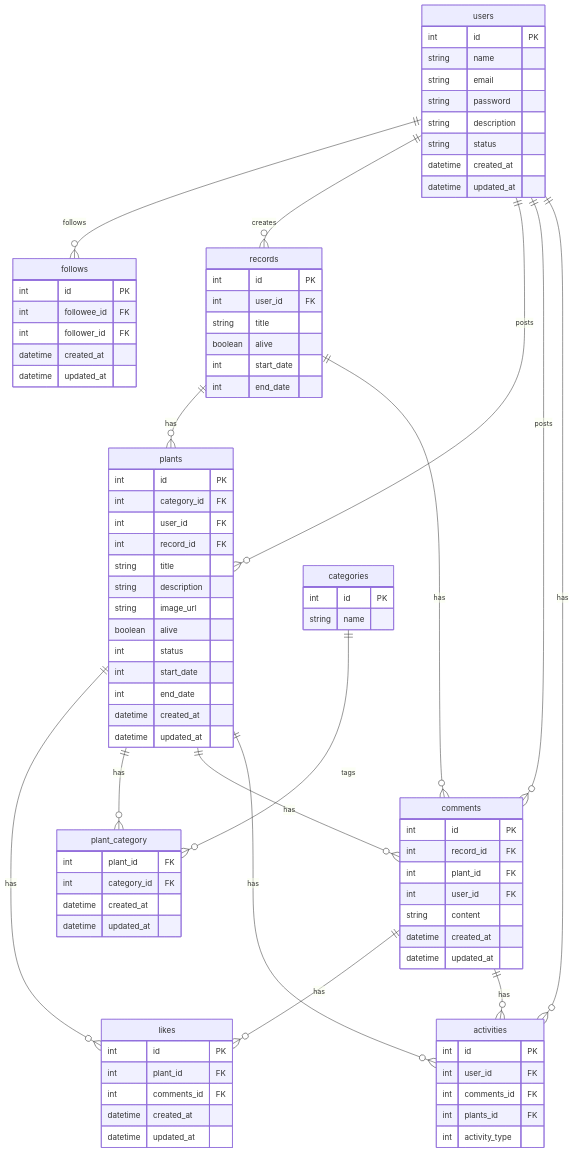
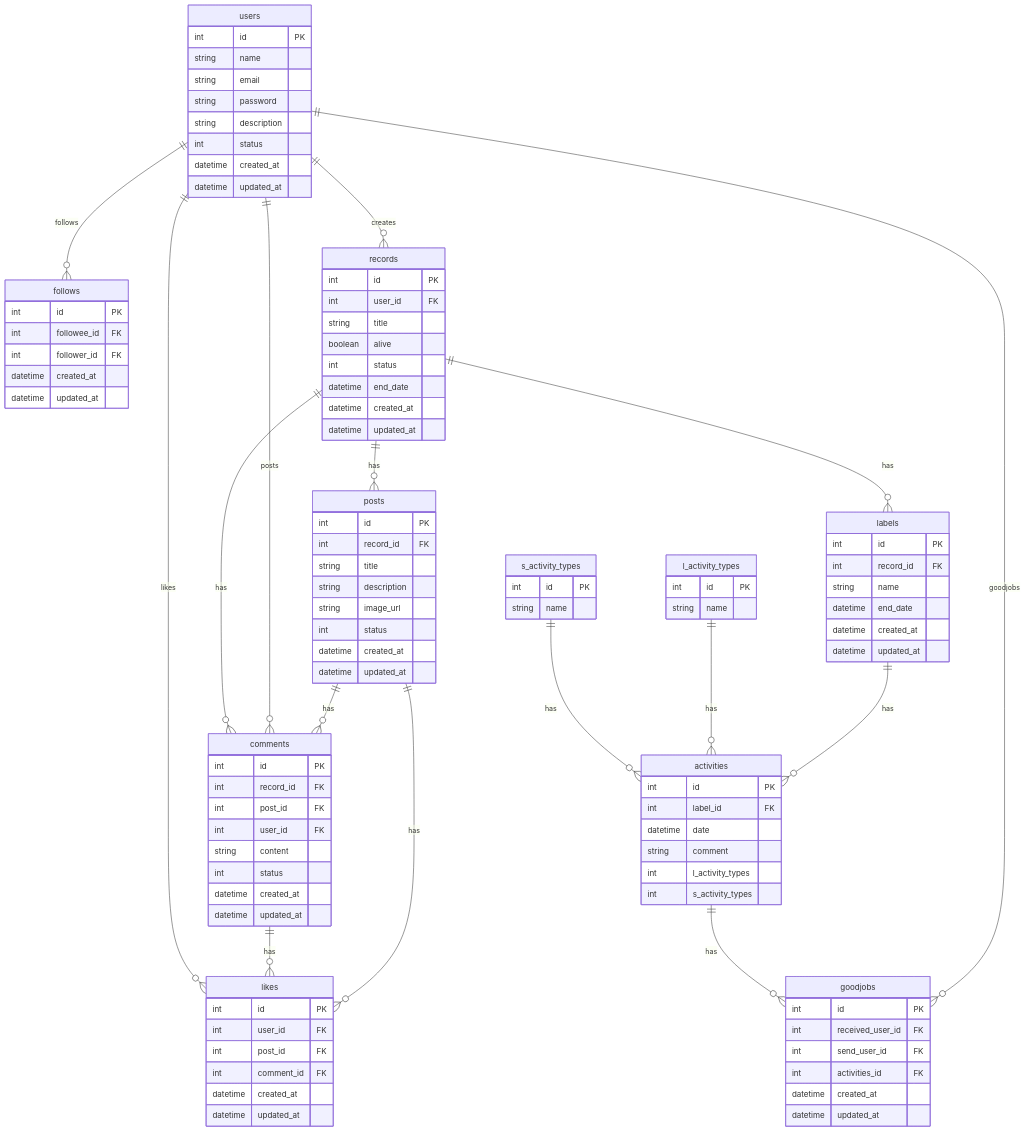
One commit to calmandhelp/botapeer-core changed the diagram in README.md. Above: the diagram before and after it, drawn with Mermaid.

Commit message:
設計変更

````diff
--- a/README.md
+++ b/README.md
@@ -3,27 +3,28 @@
 erDiagram
     users ||--o{ follows : follows
     users ||--o{ records : creates
-    plants ||--o{ likes : has
+    posts ||--o{ likes : has
+    posts ||--o{ comments : has
     comments ||--o{ likes : has
-    users ||--o{ plants : posts
+    users ||--o{ likes : likes
+    users ||--o{ goodjobs : goodjobs
     users ||--o{ comments : posts
-    users ||--o{ activities : has
-    categories ||--o{ plant_category : tags
-    records ||--o{ plants : has
+    records ||--o{ posts : has
+    records ||--o{ labels : has
     records ||--o{ comments : has
-    plants ||--o{ plant_category : has
-    plants ||--o{ comments : has
-    plants ||--o{ activities : has
-    comments ||--o{ activities : has
+    labels ||--o{ activities : has
+    activities ||--o{ goodjobs : has
+    l_activity_types ||--o{ activities : has
+    s_activity_types ||--o{ activities : has
     users {
         int id PK
         string name
         string email
         string password
         string description
-        string status
+        int status
         datetime created_at
-        datetime updated_at 　
+        datetime updated_at 
     }
     follows {
         int id PK
@@ -37,55 +38,69 @@
         int user_id FK
         string title
         boolean alive
-        int start_date
-        int end_date
+        int status
+        datetime end_date
+        datetime created_at
+        datetime updated_at
     }
-    plants {
+    labels {
         int id PK
-        int category_id FK
-        int user_id FK
+        int record_id FK
+        string name
+        datetime end_date
+        datetime created_at
+        datetime updated_at
+    }
+    posts {
+        int id PK
         int record_id FK
         string title
         string description
         string image_url
-        boolean alive
         int status
-        int start_date
-        int end_date
         datetime created_at
         datetime updated_at
     }
     likes {
         int id PK
-        int plant_id FK
-        int comments_id FK
+        int user_id FK
+        int post_id FK
+        int comment_id FK
         datetime created_at
         datetime updated_at
     }
     comments {
         int id PK
         int record_id FK
-        int plant_id FK
+        int post_id FK
         int user_id FK
         string content
-        datetime created_at
-        datetime updated_at
-    }
-    categories {
-        int id PK
-        string name
-    }
-    plant_category {
-        int plant_id FK
-        int category_id FK
+        int status
         datetime created_at
         datetime updated_at
     }
     activities {
         int id PK
-        int user_id FK
-        int comments_id FK
-        int plants_id FK
-        int activity_type 
+        int label_id FK
+        datetime date
+        string comment
+        int l_activity_types
+        int s_activity_types
+    }
+    goodjobs {
+        int id PK
+        int received_user_id FK
+        int send_user_id FK
+        int activities_id FK
+        datetime created_at
+        datetime updated_at
+    }
+    l_activity_types {
+        int id PK
+        string name
+    }
+    s_activity_types {
+        int id PK
+        string name
     }
 ```
````
